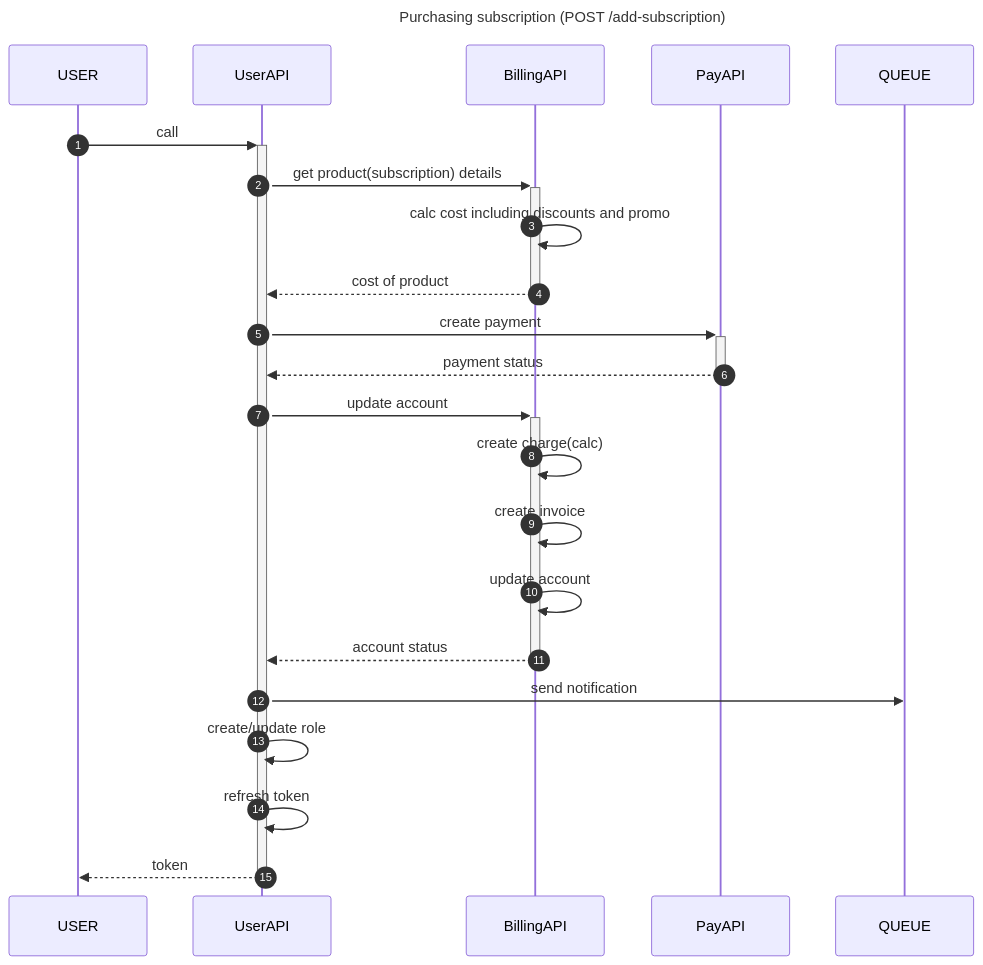
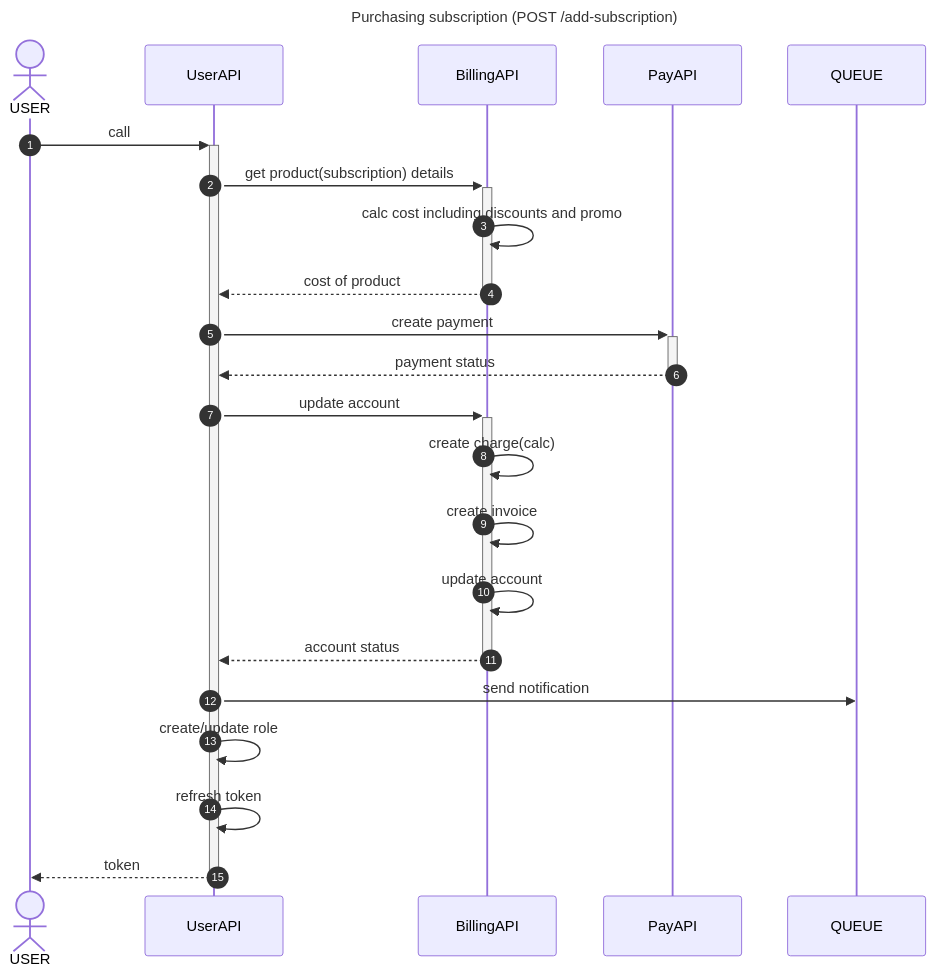
The diagram in architecture/seq-add-subscription.md (fall3nangel/Billing_Stripe), drawn with Mermaid before and after one commit. The commit also changed 3 other files, not shown here.

Commit message:
update diagrams

````diff
--- a/architecture/seq-add-subscription.md
+++ b/architecture/seq-add-subscription.md
@@ -1,27 +1,27 @@
 ```mermaid
 ---
 title: Purchasing subscription (POST /add-subscription)
 ---
 sequenceDiagram
     autonumber
-    participant USER
+    actor USER
     participant UserAPI
     participant BillingAPI
     participant PayAPI
     participant QUEUE
     USER->>+UserAPI: call
     UserAPI->>+BillingAPI: get product(subscription) details
     BillingAPI->>BillingAPI: calc cost including discounts and promo
     BillingAPI-->>-UserAPI: cost of product
     UserAPI->>+PayAPI: create payment
     PayAPI-->>-UserAPI: payment status
     UserAPI->>+BillingAPI: update account
     BillingAPI->>BillingAPI: create charge(calc)
     BillingAPI->>BillingAPI: create invoice
     BillingAPI->>BillingAPI: update account
     BillingAPI-->>-UserAPI: account status
     UserAPI->>QUEUE: send notification
     UserAPI->>UserAPI: create/update role
     UserAPI->>UserAPI: refresh token
     UserAPI-->>-USER: token
 ```
````
